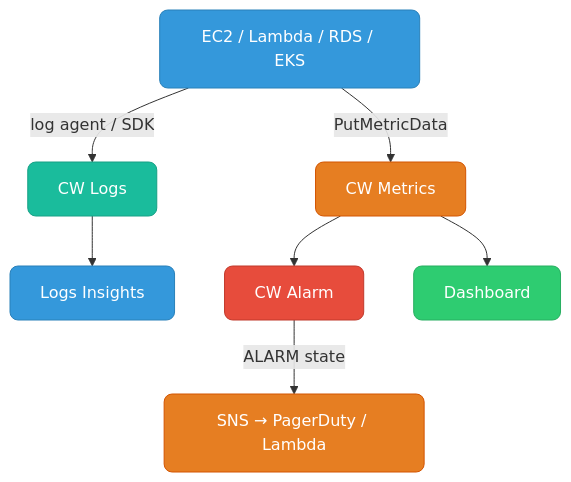
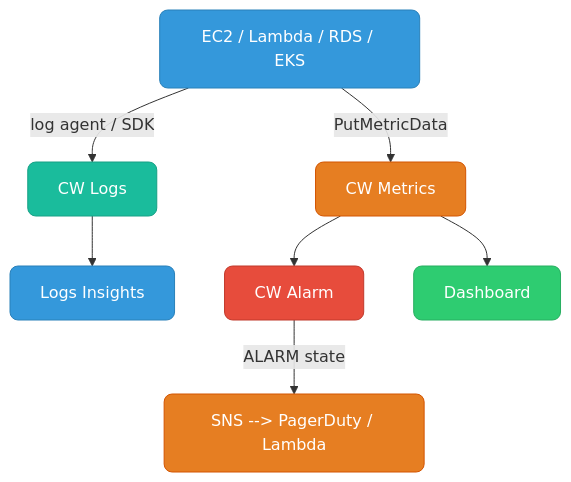
One commit to deepanshu-rawat6/tour-of-go changed the fifth of 7 diagrams in devops/aws/messaging-serverless-observability.md. Above: the diagram before and after it, drawn with Mermaid. The commit also changed 25 other files, not shown here.

````diff
--- a/devops/aws/messaging-serverless-observability.md
+++ b/devops/aws/messaging-serverless-observability.md
@@ -249,23 +249,23 @@
 ```mermaid
 graph TD
     classDef blue fill:#3498db,stroke:#2980b9,color:#fff,rx:8
     classDef orange fill:#e67e22,stroke:#d35400,color:#fff,rx:8
     classDef green fill:#2ecc71,stroke:#27ae60,color:#fff,rx:8
     classDef teal fill:#1abc9c,stroke:#16a085,color:#fff,rx:8
     classDef red fill:#e74c3c,stroke:#c0392b,color:#fff,rx:8
 
     EC2["EC2 / Lambda / RDS / EKS"]:::blue
     METRICS["CW Metrics"]:::orange
     LOGS["CW Logs"]:::teal
     INSIGHTS["Logs Insights"]:::blue
     ALARM["CW Alarm"]:::red
     DASH["Dashboard"]:::green
-    SNS2["SNS → PagerDuty / Lambda"]:::orange
+    SNS2["SNS --> PagerDuty / Lambda"]:::orange
 
     EC2 -->|"PutMetricData"| METRICS
     EC2 -->|"log agent / SDK"| LOGS
     METRICS --> ALARM
     METRICS --> DASH
     LOGS --> INSIGHTS
     ALARM -->|"ALARM state"| SNS2
 ```
````
